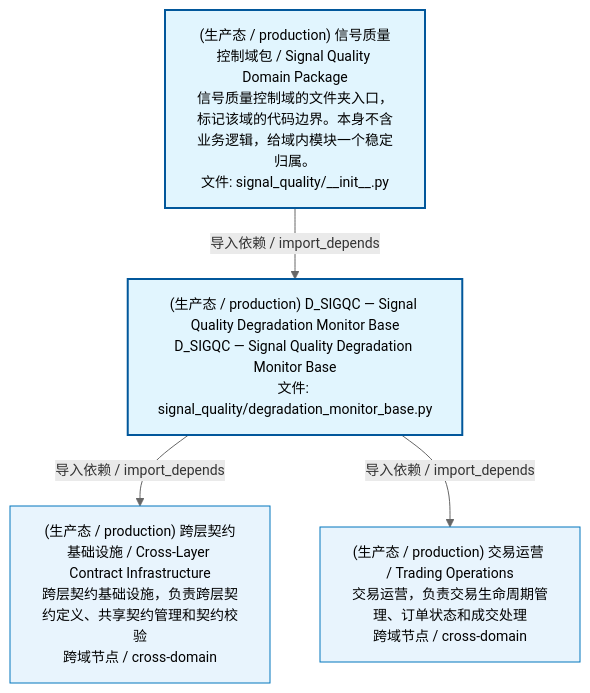
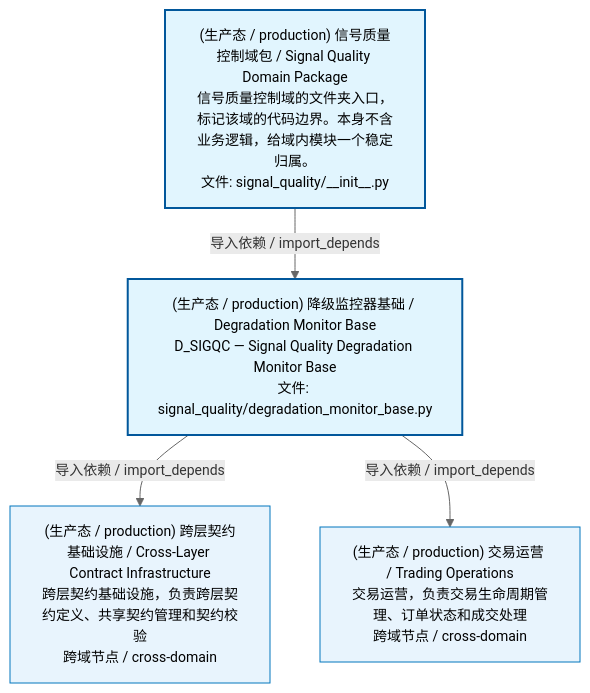
The first of 2 diagrams in docs/02_enterprise_architecture/02_domain_architecture_docs/69_d_sigqc.md (xuanFelixVan/ZephyrAlpha), drawn with Mermaid before and after one commit. The commit also changed other lines of this file and 49 other files, not shown here.

````diff
--- a/docs/02_enterprise_architecture/02_domain_architecture_docs/69_d_sigqc.md
+++ b/docs/02_enterprise_architecture/02_domain_architecture_docs/69_d_sigqc.md
@@ -53,17 +53,17 @@
 ```mermaid
 %%{init: {'theme': 'base', 'themeVariables': {'primaryColor': '#eaeaea', 'primaryTextColor': '#333333', 'primaryBorderColor': '#666666', 'lineColor': '#666666', 'secondaryColor': '#eaeaea', 'tertiaryColor': '#eaeaea', 'fontSize': '14px'}}}%%
 flowchart TD
     src_zephyr_signal_quality_init_py["(生产态 / production) 信号质量控制域包 / Signal Quality Domain Package<br/>信号质量控制域的文件夹入口，标记该域的代码边界。本身不含业务逻辑，给域内模块一个稳定归属。<br/>文件: signal_quality/__init__.py"]
-    src_zephyr_signal_quality_degradation_monitor_base_py["(生产态 / production) D_SIGQC — Signal Quality Degradation Monitor Base<br/>D_SIGQC — Signal Quality Degradation Monitor Base<br/>文件: signal_quality/degradation_monitor_base.py"]
+    src_zephyr_signal_quality_degradation_monitor_base_py["(生产态 / production) 降级监控器基础 / Degradation Monitor Base<br/>D_SIGQC — Signal Quality Degradation Monitor Base<br/>文件: signal_quality/degradation_monitor_base.py"]
     src_zephyr_signal_quality_init_py -->|导入依赖 / import_depends| src_zephyr_signal_quality_degradation_monitor_base_py
     D_INFRASTRUCTURE["(生产态 / production) 跨层契约基础设施 / Cross-Layer Contract Infrastructure<br/>跨层契约基础设施，负责跨层契约定义、共享契约管理和契约校验<br/>跨域节点 / cross-domain"]
     src_zephyr_signal_quality_degradation_monitor_base_py -->|导入依赖 / import_depends| D_INFRASTRUCTURE
     D_TRADING["(生产态 / production) 交易运营 / Trading Operations<br/>交易运营，负责交易生命周期管理、订单状态和成交处理<br/>跨域节点 / cross-domain"]
     src_zephyr_signal_quality_degradation_monitor_base_py -->|导入依赖 / import_depends| D_TRADING
     classDef production fill:#e1f5fe,stroke:#01579b,stroke-width:2px,color:#000
     classDef design fill:#fff3e0,stroke:#e65100,stroke-width:2px,color:#000,stroke-dasharray: 5 5
     classDef external_prod fill:#e8f4fd,stroke:#0277bd,stroke-width:1px,color:#000
     classDef external_design fill:#fff8e7,stroke:#ef6c00,stroke-width:1px,color:#000,stroke-dasharray: 5 5
     class src_zephyr_signal_quality_init_py,src_zephyr_signal_quality_degradation_monitor_base_py production
     class D_INFRASTRUCTURE,D_TRADING external_prod
 ```
````
